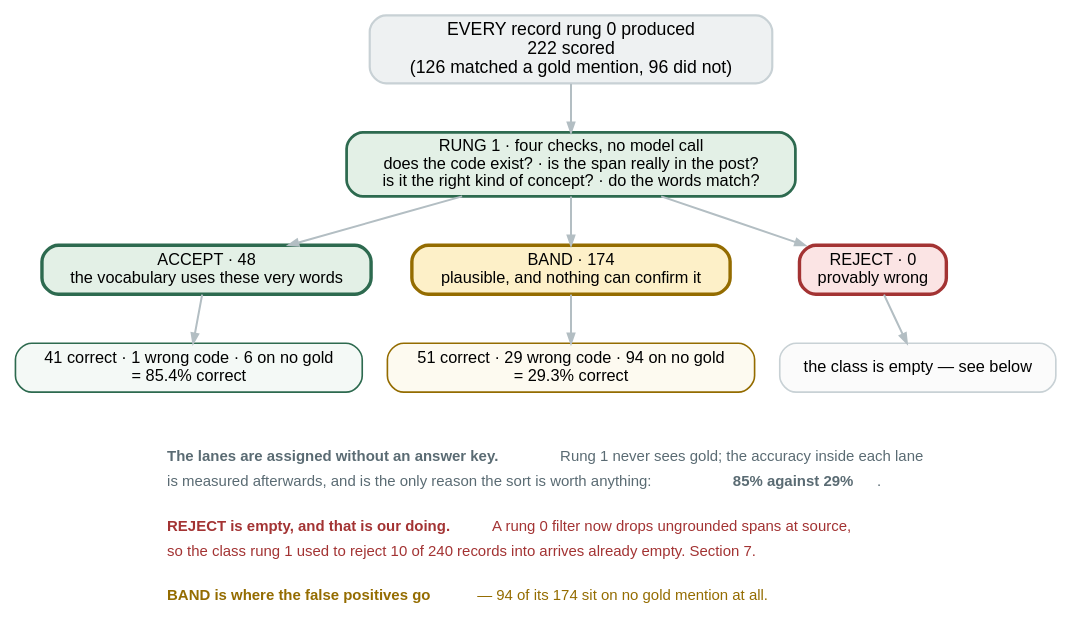
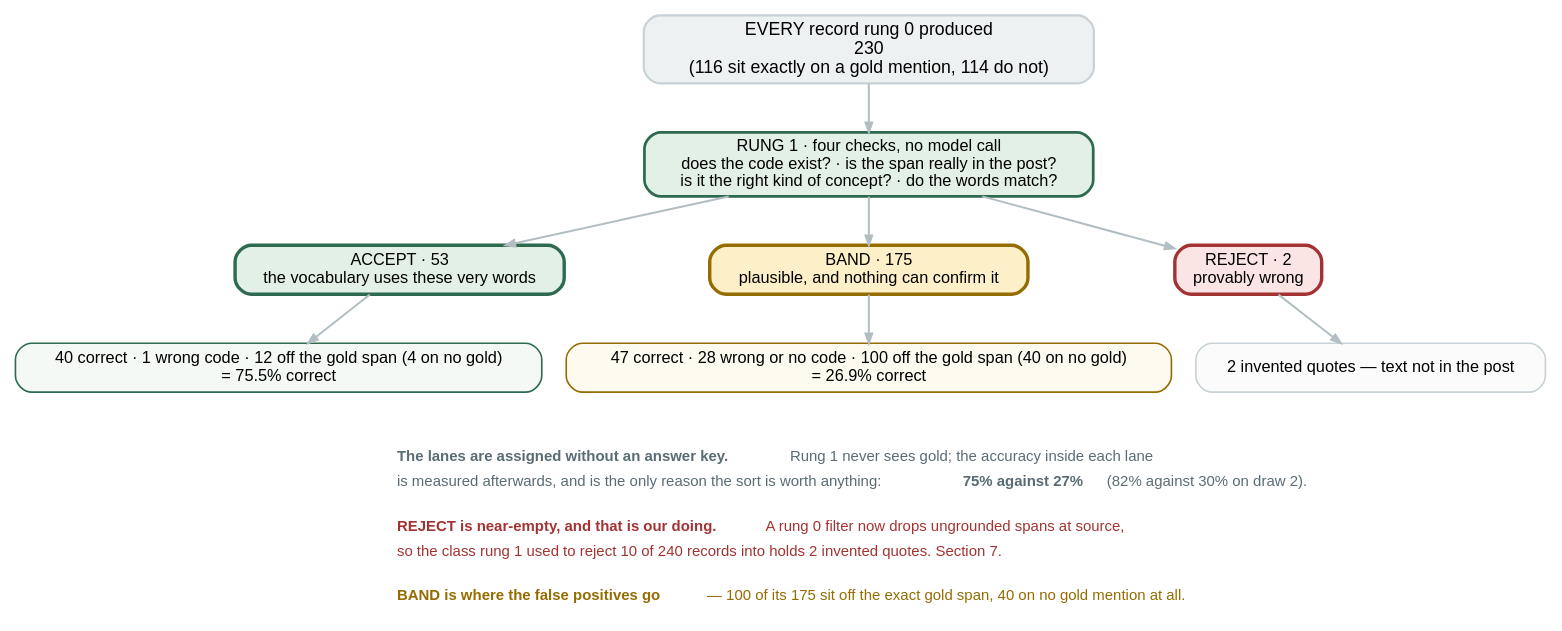
Before and after one commit to wbagais/reliability-ladder: the diagram in docs/figures/fig10-rung1.dot, drawn with Graphviz. The commit also changed 19 other files, not shown here.

Commit message:
Article: every number and every figure re-derived from the base run; remaining historical figures labelled with their source

```diff
--- a/docs/figures/fig10-rung1.dot
+++ b/docs/figures/fig10-rung1.dot
@@ -1,66 +1,66 @@
-// Rung 1 on CADEC dev, draw 0. Every record rung 0 emitted, sorted into three
+// Rung 1 on CADEC dev, rerun-cadec-d0 (2026-09-03; draw 1 identical). Every record rung 0 emitted, sorted into three
 // lanes by deterministic checks alone — no model call, identical every run.
 //
 // WHAT ENTERS: everything. Rung 1 judges without routing, so it sees the false
 // positives too, not just the records that matched a gold mention.
 //
 // The correct / wrong / no-gold split inside each lane is scored afterwards
 // against gold; rung 1 itself never sees it. That is the whole point — the lane
 // is assigned from the vocabulary alone, and the accuracy inside it is what
 // makes the lane worth anything.
 //
-// Draws 1 and 2: ACCEPT 85.7% / 85.1%, BAND 29.9% / 31.2%, REJECT 2 / 2.
+// Draw 2: ACCEPT 82.4%, BAND 30.4%, REJECT 3. Counts from out/rerun/cadec.json.
 //
 // THE REJECT NOTE IS A DEV-TO-DEV COMPARISON and must stay one. It read "5.1% of
 // records" until 2026-09-03; that is phaseF-test-1, the TEST split, and pairing
 // it with a dev figure made a before/after out of two different populations. The
 // matched pair is full-ladder-dev-1's 10 of 240 against audit-full-dev-1's 1 of
 // 248, both dev.
 //
 // COLOUR KEY — the article's zone colours, unchanged from fig1-wiring:
 //   green #2d6a4f ACCEPT   amber #946c00 BAND   red #a33333 REJECT
 digraph rung1 {
   rankdir=TB; bgcolor="white";
   node [shape=box style="filled,rounded" fontname="Helvetica" fontsize=12
         color="#c8d1d5" penwidth=1.2];
   edge [color="#b3bec3" penwidth=1.5 arrowsize=0.7 fontname="Helvetica" fontsize=10];
 
-  in [label="EVERY record rung 0 produced\n222 scored\n(126 matched a gold mention, 96 did not)"
+  in [label="EVERY record rung 0 produced\n230\n(116 sit exactly on a gold mention, 114 do not)"
       fillcolor="#eef1f2" fontsize=13 penwidth=1.6];
 
   chk [label="RUNG 1 · four checks, no model call\ndoes the code exist? · is the span really in the post?\nis it the right kind of concept? · do the words match?"
        fillcolor="#e3f0e6" color="#2d6a4f" penwidth=2];
 
-  acc [label="ACCEPT · 48\nthe vocabulary uses these very words"
+  acc [label="ACCEPT · 53\nthe vocabulary uses these very words"
        fillcolor="#e3f0e6" color="#2d6a4f" penwidth=2.5];
-  band[label="BAND · 174\nplausible, and nothing can confirm it"
+  band[label="BAND · 175\nplausible, and nothing can confirm it"
        fillcolor="#fdf0c8" color="#946c00" penwidth=2.5];
-  rej [label="REJECT · 0\nprovably wrong"
+  rej [label="REJECT · 2\nprovably wrong"
        fillcolor="#fbe4e4" color="#a33333" penwidth=2.5];
 
-  accd [label="41 correct · 1 wrong code · 6 on no gold\n= 85.4% correct"
+  accd [label="40 correct · 1 wrong code · 12 off the gold span (4 on no gold)\n= 75.5% correct"
         fillcolor="#f4f9f6" color="#2d6a4f"];
-  bandd[label="51 correct · 29 wrong code · 94 on no gold\n= 29.3% correct"
+  bandd[label="47 correct · 28 wrong or no code · 100 off the gold span (40 on no gold)\n= 26.9% correct"
         fillcolor="#fdfaf0" color="#946c00"];
-  rejd [label="the class is empty — see below"
+  rejd [label="2 invented quotes — text not in the post"
         fillcolor="#fbfbfb" color="#c8d1d5"];
 
   in -> chk;
   chk -> acc; chk -> band; chk -> rej;
   acc -> accd; band -> bandd; rej -> rejd;
 
   { rank=same; acc; band; rej }
   { rank=same; accd; bandd; rejd }
 
   note [shape=plaintext style="" fillcolor="white"
         label=<<TABLE BORDER="0" CELLBORDER="0" CELLSPACING="0" CELLPADDING="3">
         <TR><TD ALIGN="LEFT"><FONT POINT-SIZE="11" COLOR="#5a6b73"><B>The lanes are assigned without an answer key.</B> Rung 1 never sees gold; the accuracy inside each lane</FONT></TD></TR>
-        <TR><TD ALIGN="LEFT"><FONT POINT-SIZE="11" COLOR="#5a6b73">is measured afterwards, and is the only reason the sort is worth anything: <B>85% against 29%</B>.</FONT></TD></TR>
+        <TR><TD ALIGN="LEFT"><FONT POINT-SIZE="11" COLOR="#5a6b73">is measured afterwards, and is the only reason the sort is worth anything: <B>75% against 27%</B> (82% against 30% on draw 2).</FONT></TD></TR>
         <TR><TD ALIGN="LEFT"><FONT POINT-SIZE="8"> </FONT></TD></TR>
-        <TR><TD ALIGN="LEFT"><FONT POINT-SIZE="11" COLOR="#a33333"><B>REJECT is empty, and that is our doing.</B> A rung 0 filter now drops ungrounded spans at source,</FONT></TD></TR>
-        <TR><TD ALIGN="LEFT"><FONT POINT-SIZE="11" COLOR="#a33333">so the class rung 1 used to reject 10 of 240 records into arrives already empty. Section 7.</FONT></TD></TR>
+        <TR><TD ALIGN="LEFT"><FONT POINT-SIZE="11" COLOR="#a33333"><B>REJECT is near-empty, and that is our doing.</B> A rung 0 filter now drops ungrounded spans at source,</FONT></TD></TR>
+        <TR><TD ALIGN="LEFT"><FONT POINT-SIZE="11" COLOR="#a33333">so the class rung 1 used to reject 10 of 240 records into holds 2 invented quotes. Section 7.</FONT></TD></TR>
         <TR><TD ALIGN="LEFT"><FONT POINT-SIZE="8"> </FONT></TD></TR>
-        <TR><TD ALIGN="LEFT"><FONT POINT-SIZE="11" COLOR="#946c00"><B>BAND is where the false positives go</B> — 94 of its 174 sit on no gold mention at all.</FONT></TD></TR>
+        <TR><TD ALIGN="LEFT"><FONT POINT-SIZE="11" COLOR="#946c00"><B>BAND is where the false positives go</B> — 100 of its 175 sit off the exact gold span, 40 on no gold mention at all.</FONT></TD></TR>
         </TABLE>>];
   bandd -> note [style=invis];
 }
```
